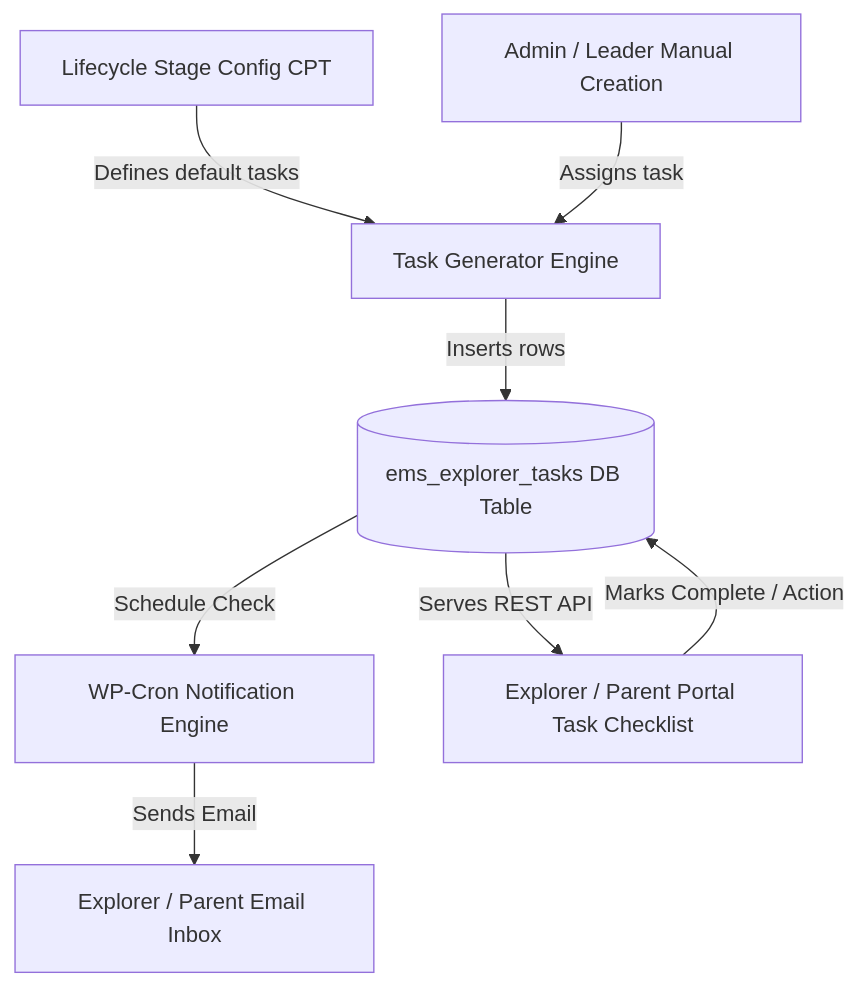
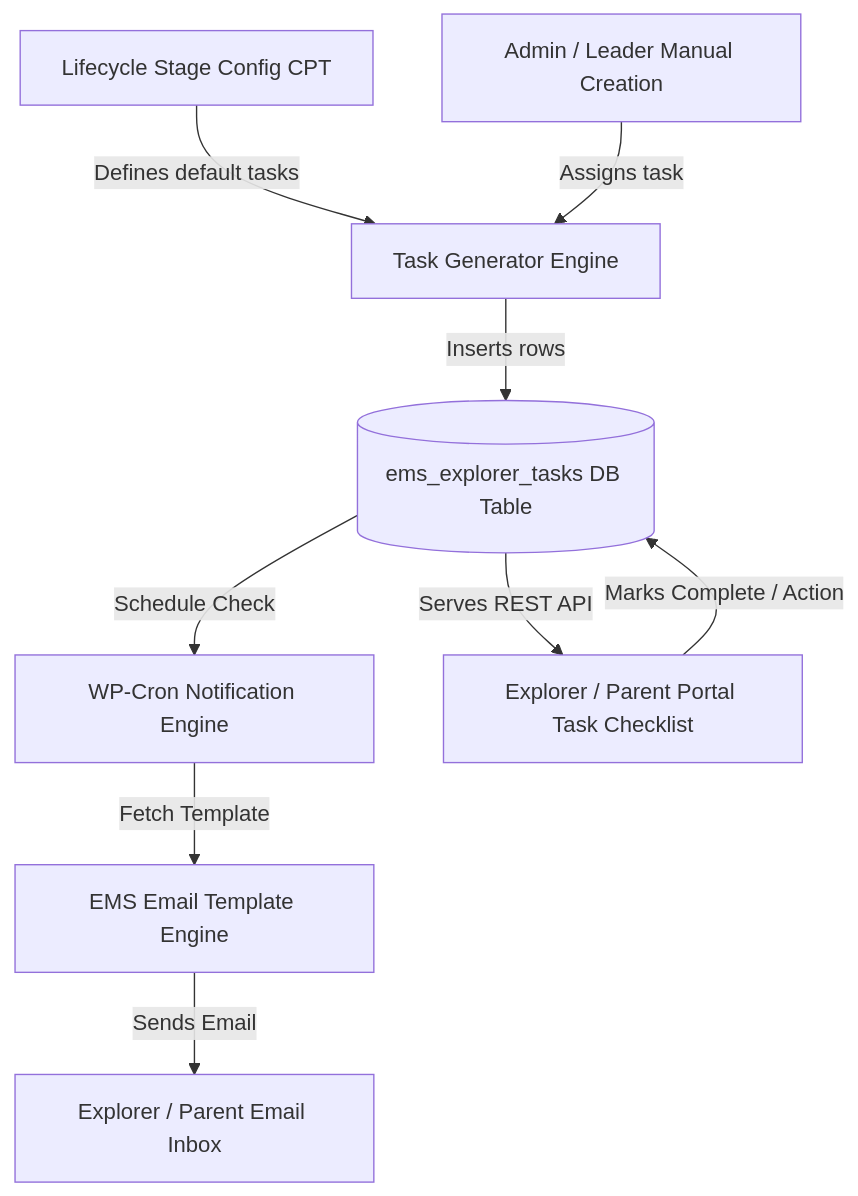
One commit to circularlizard/expedition-management-system changed the first of 3 diagrams in docs/explorer-tasks-and-registration-kanban-plan.md. Above: the diagram before and after it, drawn with Mermaid. The commit also changed other lines of this file, not shown here.

Commit message:
docs(tasks-kanban): add email template engine, configurable registration workflows, and admin menu integration

````diff
--- a/docs/explorer-tasks-and-registration-kanban-plan.md
+++ b/docs/explorer-tasks-and-registration-kanban-plan.md
@@ -17,10 +19,11 @@
 ```mermaid
 graph TD
     A[Lifecycle Stage Config CPT] -->|Defines default tasks| B[Task Generator Engine]
     C[Admin / Leader Manual Creation] -->|Assigns task| B
     B -->|Inserts rows| D[(ems_explorer_tasks DB Table)]
     D -->|Schedule Check| E[WP-Cron Notification Engine]
-    E -->|Sends Email| F[Explorer / Parent Email Inbox]
-    D -->|Serves REST API| G[Explorer / Parent Portal Task Checklist]
-    G -->|Marks Complete / Action| D
+    E -->|Fetch Template| F[EMS Email Template Engine]
+    F -->|Sends Email| G[Explorer / Parent Email Inbox]
+    D -->|Serves REST API| H[Explorer / Parent Portal Task Checklist]
+    H -->|Marks Complete / Action| D
 ```
````
